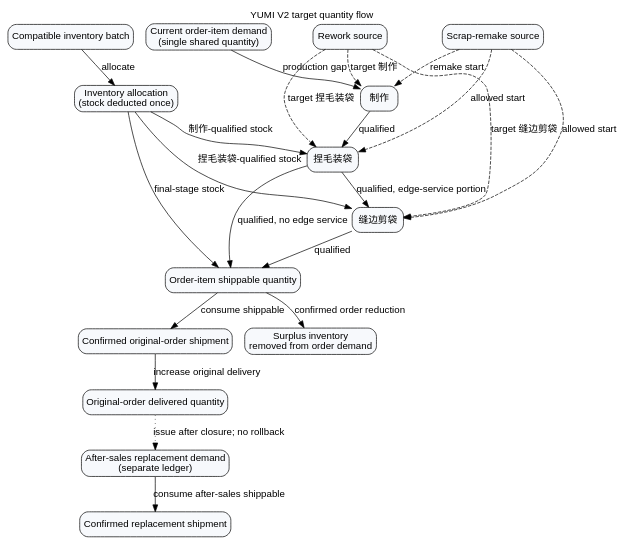
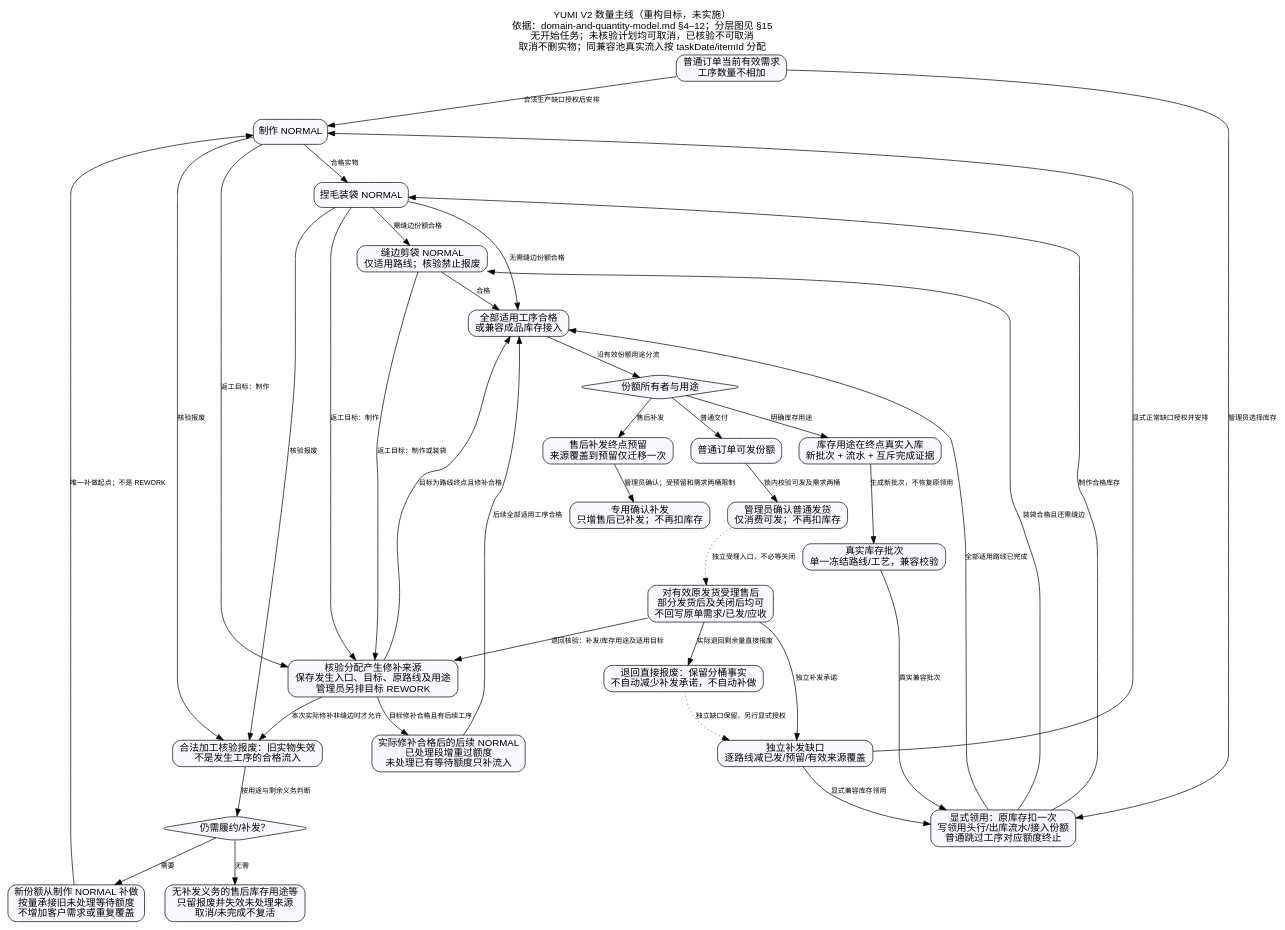
The diagram in docs/architecture/quantity-flow.dot (315538867/YUMI-V2), drawn with Graphviz before and after one commit. The commit also changed 34 other files, not shown here.

```diff
--- a/docs/architecture/quantity-flow.dot
+++ b/docs/architecture/quantity-flow.dot
@@ -1,46 +1,67 @@
 digraph YumiQuantityFlow {
-  graph [rankdir=TB, fontname="Arial", label="YUMI V2 target quantity flow", labelloc=t];
+  graph [rankdir=TB, fontname="Arial", nodesep=0.35, ranksep=0.6,
+    label="YUMI V2 数量主线（重构目标，未实施）\n依据：domain-and-quantity-model.md §4–12；分层图见 §15\n无开始任务；未核验计划均可取消，已核验不可取消\n取消不删实物；同兼容池真实流入按 taskDate/itemId 分配", labelloc=t];
   node [shape=box, style="rounded,filled", fillcolor="#F7F9FC", fontname="Arial"];
-  edge [fontname="Arial"];
+  edge [fontname="Arial", fontsize=10];
 
-  orderDemand [label="Current order-item demand\n(single shared quantity)"];
-  make [label="制作"];
-  bag [label="捏毛装袋"];
-  edgeWork [label="缝边剪袋"];
-  shippable [label="Order-item shippable quantity"];
-  shipment [label="Confirmed original-order shipment"];
-  customer [label="Original-order delivered quantity"];
+  demand [label="普通订单当前有效需求\n工序数量不相加"];
+  make [label="制作 NORMAL"];
+  bag [label="捏毛装袋 NORMAL"];
+  seam [label="缝边剪袋 NORMAL\n仅适用路线；核验禁止报废"];
+  terminal [label="全部适用工序合格\n或兼容成品库存接入"];
+  purpose [shape=diamond, label="份额所有者与用途"];
+  shippable [label="普通订单可发份额"];
+  shipment [label="管理员确认普通发货\n仅消费可发；不再扣库存"];
+  afterSales [label="对有效原发货受理售后\n部分发货后及关闭后均可\n不回写原单需求/已发/应收"];
+  repair [label="核验分配产生修补来源\n保存发生入口、目标、原路线及用途\n管理员另排目标 REWORK"];
+  onward [label="实际修补合格后的后续 NORMAL\n已处理段增重过额度\n未处理已有等待额度只补流入"];
+  scrap [label="合法加工核验报废：旧实物失效\n不是发生工序的合格流入"];
+  returnScrap [label="退回直接报废：保留分桶事实\n不自动减少补发承诺，不自动补做"];
+  obligation [shape=diamond, label="仍需履约/补发？"];
+  remake [label="新份额从制作 NORMAL 补做\n按量承接旧未处理等待额度\n不增加客户需求或重复覆盖"];
+  retired [label="无补发义务的售后库存用途等\n只留报废并失效未处理来源\n取消/未完成不复活"];
+  inventory [label="真实库存批次\n单一冻结路线/工艺，兼容校验"];
+  allocation [label="显式领用：原库存扣一次\n写领用头行/出库流水/接入份额\n普通跳过工序对应额度终止"];
+  receipt [label="库存用途在终点真实入库\n新批次 + 流水 + 互斥完成证据"];
+  gap [label="独立补发缺口\n逐路线减已发/预留/有效来源覆盖"];
+  reserve [label="售后补发终点预留\n来源覆盖到预留仅迁移一次"];
+  replacement [label="专用确认补发\n只增售后已补发；不再扣库存"];
 
-  inventory [label="Compatible inventory batch"];
-  inventoryAllocation [label="Inventory allocation\n(stock deducted once)"];
-  rework [label="Rework source"];
-  remake [label="Scrap-remake source"];
-
-  surplus [label="Surplus inventory\nremoved from order demand"];
-  afterSales [label="After-sales replacement demand\n(separate ledger)"];
-  replacement [label="Confirmed replacement shipment"];
-
-  orderDemand -> make [label="production gap"];
-  make -> bag [label="qualified"];
-  bag -> shippable [label="qualified, no edge service"];
-  bag -> edgeWork [label="qualified, edge-service portion"];
-  edgeWork -> shippable [label="qualified"];
-  shippable -> shipment [label="consume shippable"];
-  shipment -> customer [label="increase original delivery"];
-
-  inventory -> inventoryAllocation [label="allocate"];
-  inventoryAllocation -> bag [label="制作-qualified stock"];
-  inventoryAllocation -> edgeWork [label="捏毛装袋-qualified stock"];
-  inventoryAllocation -> shippable [label="final-stage stock"];
-
-  rework -> make [style=dashed, label="target 制作"];
-  rework -> bag [style=dashed, label="target 捏毛装袋"];
-  rework -> edgeWork [style=dashed, label="target 缝边剪袋"];
-  remake -> make [style=dashed, label="remake start"];
-  remake -> bag [style=dashed, label="allowed start"];
-  remake -> edgeWork [style=dashed, label="allowed start"];
-
-  shippable -> surplus [label="confirmed order reduction"];
-  customer -> afterSales [style=dotted, label="issue after closure; no rollback"];
-  afterSales -> replacement [label="consume after-sales shippable"];
+  demand -> make [label="合法生产缺口授权后安排"];
+  demand -> allocation [label="管理员选择库存"];
+  inventory -> allocation [label="真实兼容批次"];
+  allocation -> bag [label="制作合格库存"];
+  allocation -> seam [label="装袋合格且还需缝边"];
+  allocation -> terminal [label="全部适用路线已完成"];
+  make -> bag [label="合格实物"];
+  bag -> seam [label="需缝边份额合格"];
+  bag -> terminal [label="无需缝边份额合格"];
+  seam -> terminal [label="合格"];
+  terminal -> purpose [label="沿有效份额用途分流"];
+  purpose -> shippable [label="普通交付"];
+  purpose -> reserve [label="售后补发"];
+  purpose -> receipt [label="明确库存用途"];
+  receipt -> inventory [label="生成新批次，不恢复原领用"];
+  shippable -> shipment [label="锁内校验可发及需求两桶"];
+  shipment -> afterSales [style=dotted, label="独立受理入口，不必等关闭"];
+  afterSales -> gap [label="独立补发承诺"];
+  afterSales -> repair [label="退回核验：补发/库存用途及适用目标"];
+  afterSales -> returnScrap [label="实际退回剩余量直接报废"];
+  returnScrap -> gap [style=dotted, label="独立缺口保留，另行显式授权"];
+  gap -> make [label="显式正常缺口授权并安排"];
+  gap -> allocation [label="显式兼容库存领用"];
+  make -> repair [label="返工目标：制作"];
+  bag -> repair [label="返工目标：制作"];
+  seam -> repair [label="返工目标：制作或装袋"];
+  repair -> onward [label="目标修补合格且有后续工序"];
+  repair -> terminal [label="目标为路线终点且修补合格"];
+  onward -> terminal [label="后续全部适用工序合格"];
+  make -> scrap [label="核验报废"];
+  bag -> scrap [label="核验报废"];
+  repair -> scrap [label="本次实际修补非缝边时才允许"];
+  scrap -> obligation [label="按用途与剩余义务判断"];
+  obligation -> remake [label="需要"];
+  obligation -> retired [label="无需"];
+  remake -> make [label="唯一补做起点；不是 REWORK"];
+  reserve -> replacement [label="管理员确认；受预留和需求两桶限制"];
 }
```
